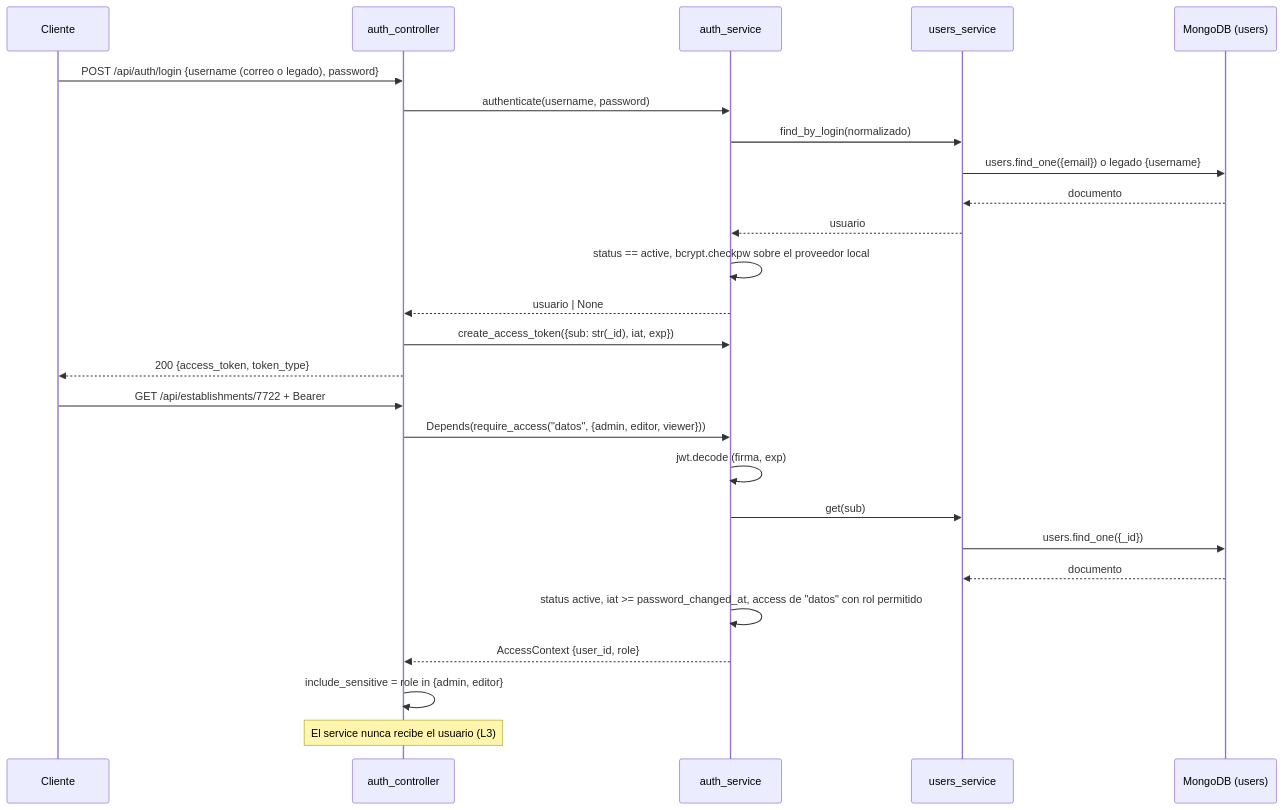
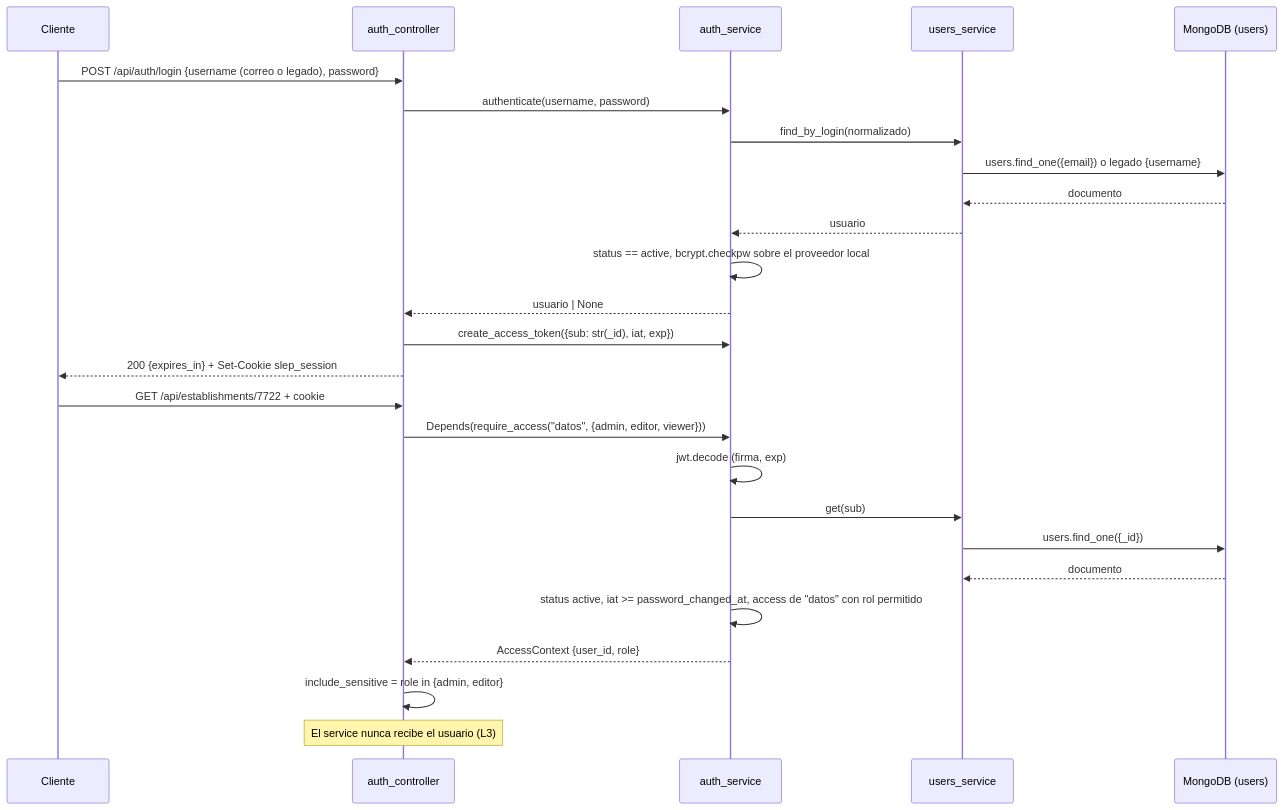
The second of 3 diagrams in Documentacion/04-seguridad-y-acceso.md (TomasManriquez/Gestion-de-establecimientos), drawn with Mermaid before and after one commit. The commit also changed other lines of this file and 24 other files, not shown here.

````diff
--- a/Documentacion/04-seguridad-y-acceso.md
+++ b/Documentacion/04-seguridad-y-acceso.md
@@ -323,30 +332,30 @@
 ```mermaid
 sequenceDiagram
     participant C as Cliente
     participant AC as auth_controller
     participant AS as auth_service
     participant US as users_service
     participant DB as MongoDB (users)
 
     C->>AC: POST /api/auth/login {username (correo o legado), password}
     AC->>AS: authenticate(username, password)
     AS->>US: find_by_login(normalizado)
     US->>DB: users.find_one({email}) o legado {username}
     DB-->>US: documento
     US-->>AS: usuario
     AS->>AS: status == active, bcrypt.checkpw sobre el proveedor local
     AS-->>AC: usuario | None
     AC->>AS: create_access_token({sub: str(_id), iat, exp})
-    AC-->>C: 200 {access_token, token_type}
+    AC-->>C: 200 {expires_in} + Set-Cookie slep_session
 
-    C->>AC: GET /api/establishments/7722 + Bearer
+    C->>AC: GET /api/establishments/7722 + cookie
     AC->>AS: Depends(require_access("datos", {admin, editor, viewer}))
     AS->>AS: jwt.decode (firma, exp)
     AS->>US: get(sub)
     US->>DB: users.find_one({_id})
     DB-->>US: documento
     AS->>AS: status active, iat >= password_changed_at, access de "datos" con rol permitido
     AS-->>AC: AccessContext {user_id, role}
     AC->>AC: include_sensitive = role in {admin, editor}
     Note over AC: El service nunca recibe el usuario (L3)
 ```
````
